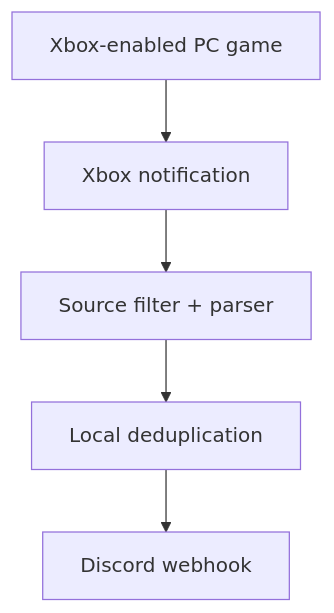
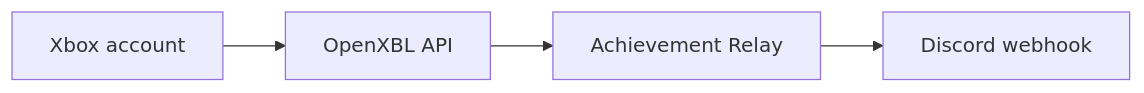
One commit to Conroy1988/Achievement-Relay changed the diagram in README.md. Above: the diagram before and after it, drawn with Mermaid. The commit also changed other lines of this file and 54 other files, not shown here.

First line of the commit message:
feat: relay Xbox achievements through OpenXBL (#1)

````diff
--- a/README.md
+++ b/README.md
@@ -26,7 +28,6 @@
 ```mermaid
-flowchart TD
-    A["Xbox-enabled PC game"] --> B["Xbox notification"]
-    B --> C["Source filter + parser"]
-    C --> D["Local deduplication"]
-    D --> E["Discord webhook"]
+flowchart LR
+    X["Xbox account"] --> O["OpenXBL API"]
+    O --> R["Achievement Relay"]
+    R --> D["Discord webhook"]
 ```
````
